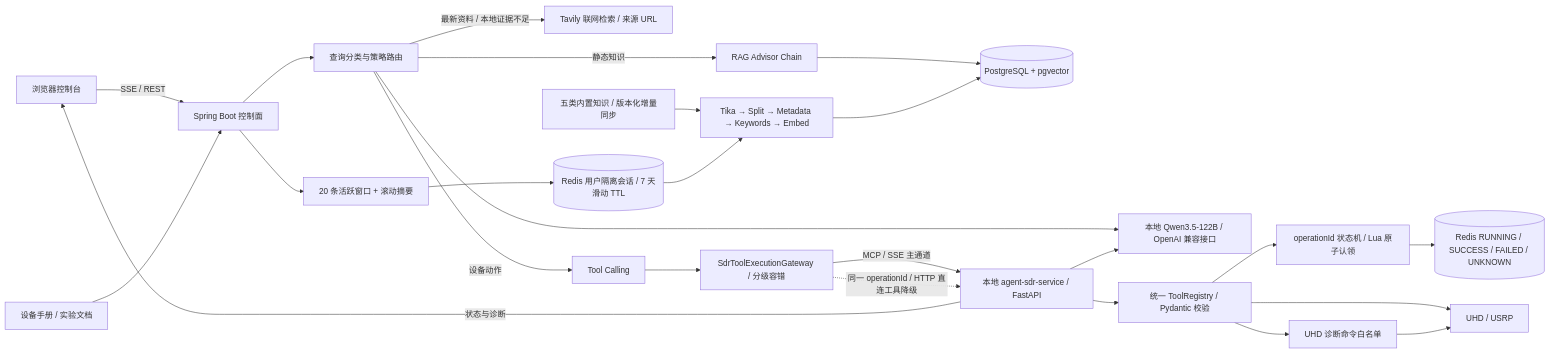
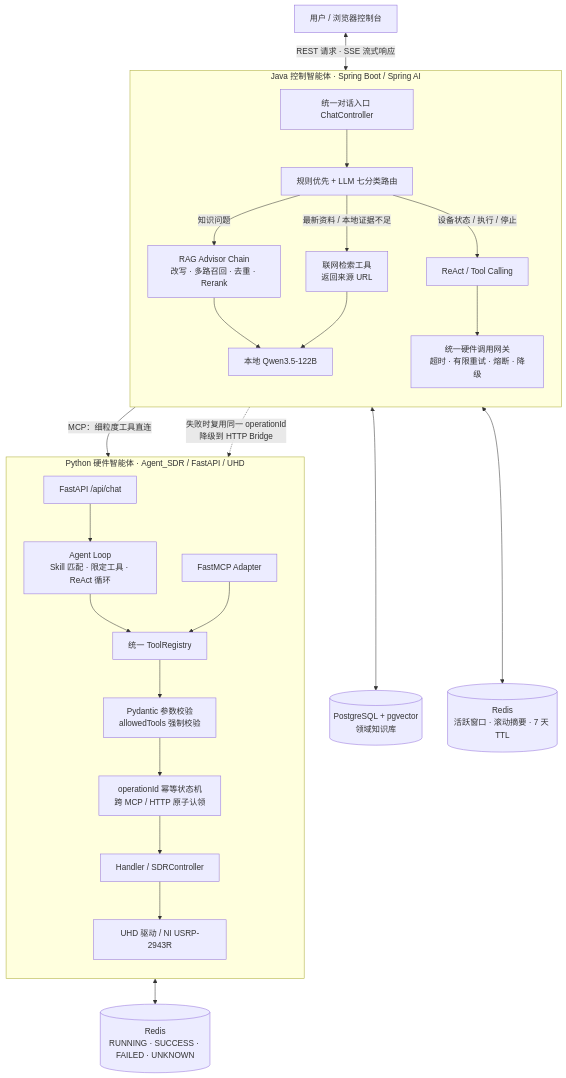
The diagram in README.md (YoYoYoYp/Wireless-Lab-Agent), drawn with Mermaid before and after one commit. The commit also changed other lines of this file, not shown here.

Commit message:
docs: simplify system architecture diagram

````diff
--- a/README.md
+++ b/README.md
@@ -50,27 +50,37 @@
 ```mermaid
-flowchart LR
-    UI["浏览器控制台"] -->|"SSE / REST"| Spring["Spring Boot 控制面"]
-    Spring --> Router["查询分类与策略路由"]
-    Router --> Qwen["本地 Qwen3.5-122B / OpenAI 兼容接口"]
-    Router -->|"静态知识"| Advisors["RAG Advisor Chain"]
-    Advisors --> PG[("PostgreSQL + pgvector")]
-    Router -->|"最新资料 / 本地证据不足"| Web["Tavily 联网检索 / 来源 URL"]
-    Router -->|"设备动作"| Tools["Tool Calling"]
-    Tools --> Gateway["SdrToolExecutionGateway / 分级容错"]
-    Gateway -->|"MCP / SSE 主通道"| SDR["本地 agent-sdr-service / FastAPI"]
-    Gateway -.->|"同一 operationId / HTTP 直连工具降级"| SDR
-    SDR --> Registry["统一 ToolRegistry / Pydantic 校验"]
-    Registry --> Operation["operationId 状态机 / Lua 原子认领"]
-    Operation --> OperationRedis[("Redis RUNNING / SUCCESS / FAILED / UNKNOWN")]
-    Registry --> Diagnostics["UHD 诊断命令白名单"]
-    Registry --> UHD["UHD / USRP"]
-    Diagnostics --> UHD["UHD / USRP"]
-    SDR --> Qwen
-    Spring --> Memory["20 条活跃窗口 + 滚动摘要"]
-    Memory --> Redis[("Redis 用户隔离会话 / 7 天滑动 TTL")]
-    Upload["设备手册 / 实验文档"] --> Spring
-    Bundle["五类内置知识 / 版本化增量同步"] --> ETL
-    Redis --> ETL["Tika → Split → Metadata → Keywords → Embed"]
-    ETL --> PG
-    SDR -->|"状态与诊断"| UI
+flowchart TB
+    User["用户 / 浏览器控制台"]
+
+    subgraph Control["Java 控制智能体 · Spring Boot / Spring AI"]
+        direction TB
+        API["统一对话入口 ChatController"]
+        API --> Router["规则优先 + LLM 七分类路由"]
+        Router -->|"知识问题"| RAG["RAG Advisor Chain<br/>改写 · 多路召回 · 去重 · Rerank"]
+        Router -->|"最新资料 / 本地证据不足"| Web["联网检索工具<br/>返回来源 URL"]
+        Router -->|"设备状态 / 执行 / 停止"| ToolCall["ReAct / Tool Calling"]
+        RAG --> ControlLLM["本地 Qwen3.5-122B"]
+        Web --> ControlLLM
+        ToolCall --> Gateway["统一硬件调用网关<br/>超时 · 有限重试 · 熔断 · 降级"]
+    end
+
+    User <-->|"REST 请求 · SSE 流式响应"| API
+    RAG <--> Vector[("PostgreSQL + pgvector<br/>领域知识库")]
+    Router <--> Memory[("Redis<br/>活跃窗口 · 滚动摘要 · 7 天 TTL")]
+
+    subgraph Hardware["Python 硬件智能体 · Agent_SDR / FastAPI / UHD"]
+        direction TB
+        Mcp["FastMCP Adapter"]
+        Http["FastAPI /api/chat"]
+        Http --> AgentLoop["Agent Loop<br/>Skill 匹配 · 限定工具 · ReAct 循环"]
+        AgentLoop --> Registry["统一 ToolRegistry"]
+        Mcp --> Registry
+        Registry --> Guard["Pydantic 参数校验<br/>allowedTools 强制校验"]
+        Guard --> Idempotency["operationId 幂等状态机<br/>跨 MCP / HTTP 原子认领"]
+        Idempotency --> Handler["Handler / SDRController"]
+        Handler --> Device["UHD 驱动 / NI USRP-2943R"]
+    end
+
+    Gateway -->|"MCP：细粒度工具直连"| Mcp
+    Gateway -.->|"失败时复用同一 operationId<br/>降级到 HTTP Bridge"| Http
+    Idempotency <--> OpState[("Redis<br/>RUNNING · SUCCESS · FAILED · UNKNOWN")]
 ```
````
